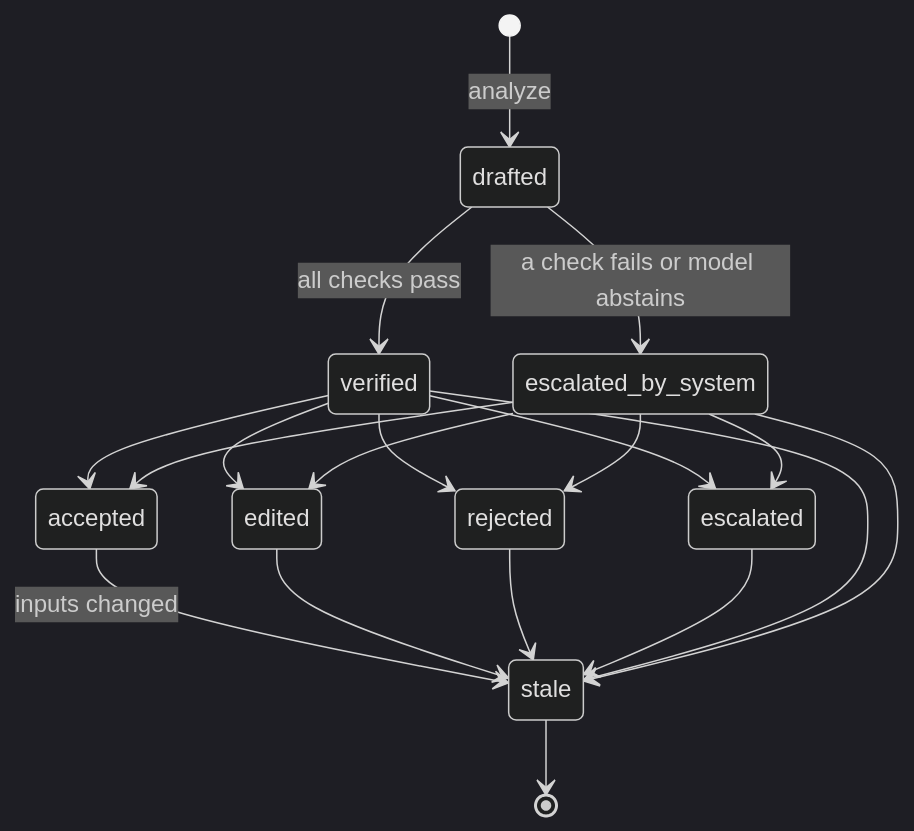
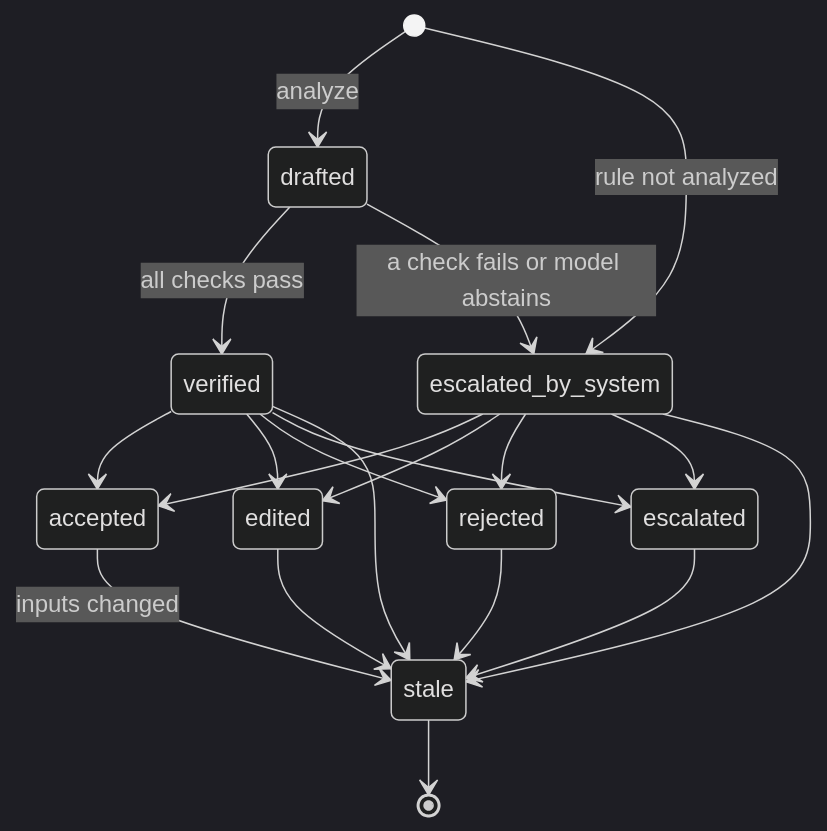
The fifth of 5 diagrams in docs/parol/02-experience-and-architecture.md (Silicon-Docket/clausewise), drawn with Mermaid (dark theme) before and after one commit. The commit also changed other lines of this file and 8 other files, not shown here.

````diff
--- a/docs/parol/02-experience-and-architecture.md
+++ b/docs/parol/02-experience-and-architecture.md
@@ -268,21 +459,22 @@
 ```mermaid
 stateDiagram-v2
   [*] --> drafted: analyze
+  [*] --> escalated_by_system: rule not analyzed
   drafted --> verified: all checks pass
   drafted --> escalated_by_system: a check fails or model abstains
   verified --> accepted
   verified --> edited
   verified --> rejected
   verified --> escalated
   escalated_by_system --> accepted
   escalated_by_system --> edited
   escalated_by_system --> rejected
   escalated_by_system --> escalated
   accepted --> stale: inputs changed
   edited --> stale
   rejected --> stale
   escalated --> stale
   verified --> stale
   escalated_by_system --> stale
   stale --> [*]
 ```
````
